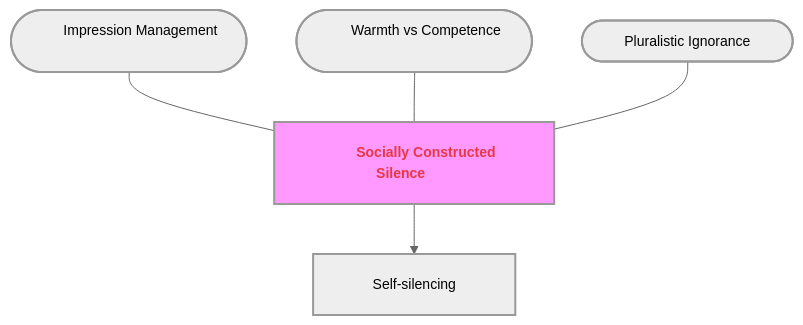
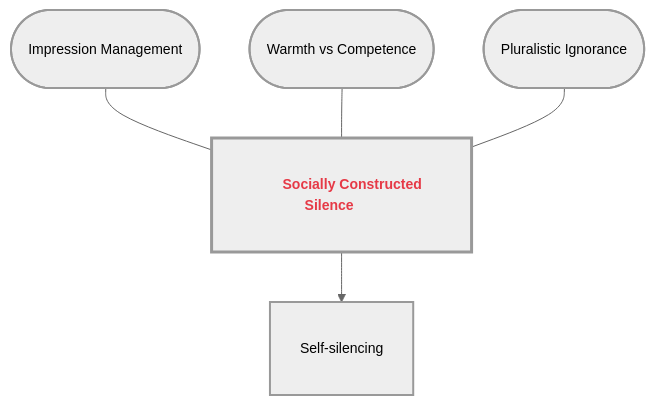
One commit to GM024/CourseSummaries changed the third of 8 diagrams in Communication_Influence/Mastery_Guide_SOW_BS033.md. Above: the diagram before and after it, drawn with Mermaid. The commit also changed other lines of this file, not shown here.

Commit message:
Dynamic Box Standard: CSS-driven padding and HTML bolding for perfect diagram rendering

````diff
--- a/Communication_Influence/Mastery_Guide_SOW_BS033.md
+++ b/Communication_Influence/Mastery_Guide_SOW_BS033.md
@@ -111,14 +111,14 @@
 ```mermaid
-%%{init: { 'flowchart': { 'padding': 20, 'nodeSpacing': 50, 'rankSpacing': 50, 'useMaxWidth': false }, 'theme': 'neutral', 'themeVariables': { 'fontSize': '14px' }}}%%
+%%{init: { 'flowchart': { 'useMaxWidth': false, 'htmlLabels': true }, 'theme': 'neutral', 'themeVariables': { 'fontSize': '14px' }}}%%
 graph TD
-    Hub["&nbsp;&nbsp;&nbsp;&nbsp;&nbsp;&nbsp; <span style='color:#e63946'><b>Socially Constructed Silence</b></span> &nbsp;&nbsp;&nbsp;&nbsp;&nbsp;&nbsp;"]:::hubNode
+    classDef sandbox padding-left:20px,padding-right:20px,padding-top:10px,padding-bottom:10px,stroke-width:2px;
+    classDef hub padding-left:25px,padding-right:25px,padding-top:15px,padding-bottom:15px,stroke-width:3px,font-weight:bold;
+
+    Hub["<span style='color:#e63946'><b>Socially Constructed Silence</b></span>"]:::hub
     
-    S1(["&nbsp;&nbsp;&nbsp;&nbsp;&nbsp;&nbsp; Impression Management &nbsp;&nbsp;&nbsp;&nbsp;&nbsp;&nbsp;"]) --- Hub
-    S2(["&nbsp;&nbsp;&nbsp;&nbsp;&nbsp;&nbsp; Warmth vs Competence &nbsp;&nbsp;&nbsp;&nbsp;&nbsp;&nbsp;"]) --- Hub
-    S3(["&nbsp;&nbsp;&nbsp;&nbsp;&nbsp;&nbsp; Pluralistic Ignorance &nbsp;&nbsp;&nbsp;&nbsp;&nbsp;&nbsp;"]) --- Hub
+    S1(["Impression Management"]):::sandbox --- Hub
+    S2(["Warmth vs Competence"]):::sandbox --- Hub
+    S3(["Pluralistic Ignorance"]):::sandbox --- Hub
     
-    Hub --> B1["&nbsp;&nbsp;&nbsp;&nbsp; Self-silencing &nbsp;&nbsp;&nbsp;&nbsp;"]
-    
-    classDef hubNode font-weight:bold,stroke-width:2px,fill:#f9f;
-    classDef default stroke-width:2px;
+    Hub --> B1["Self-silencing"]:::sandbox
 ```
````
